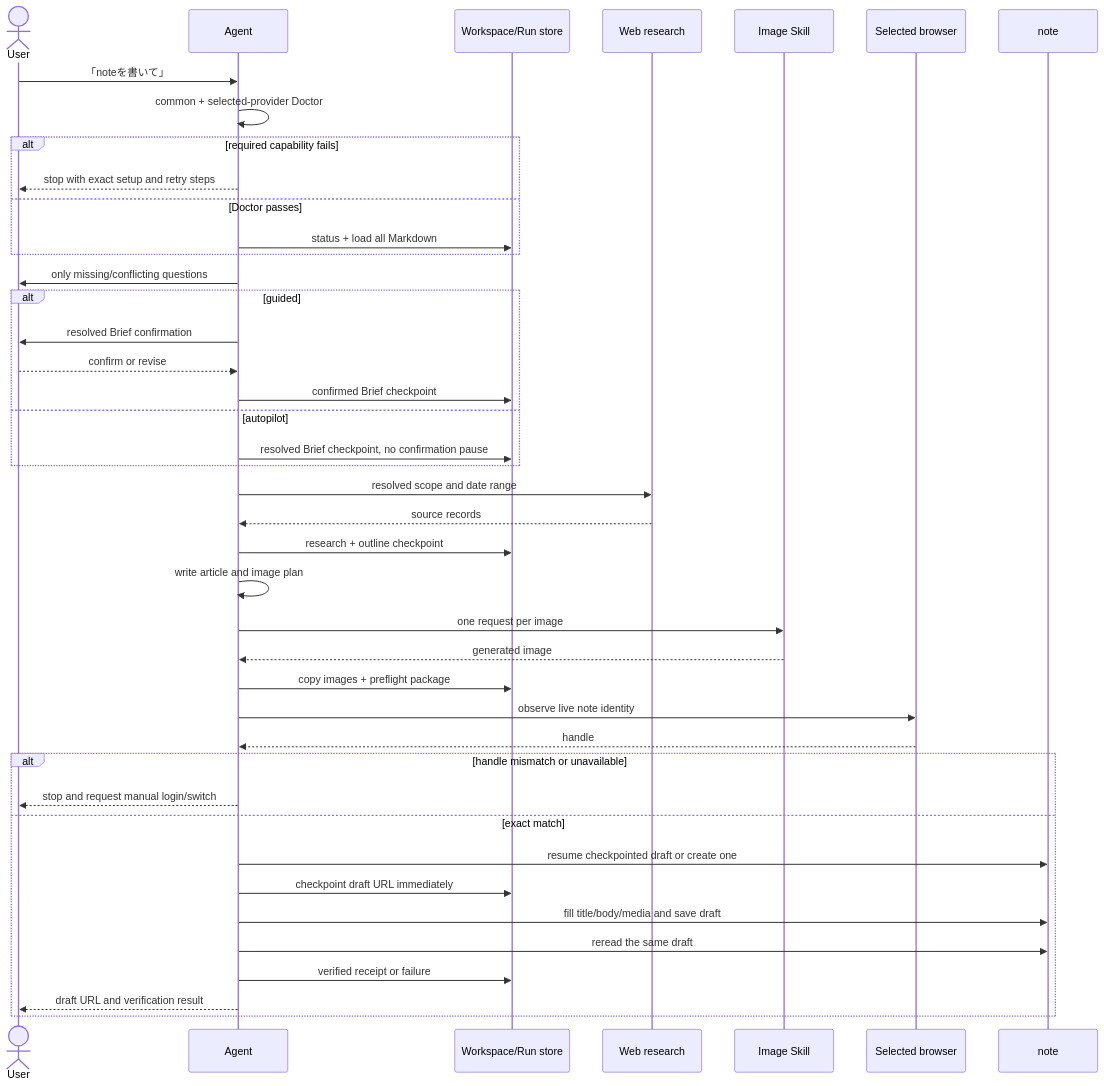
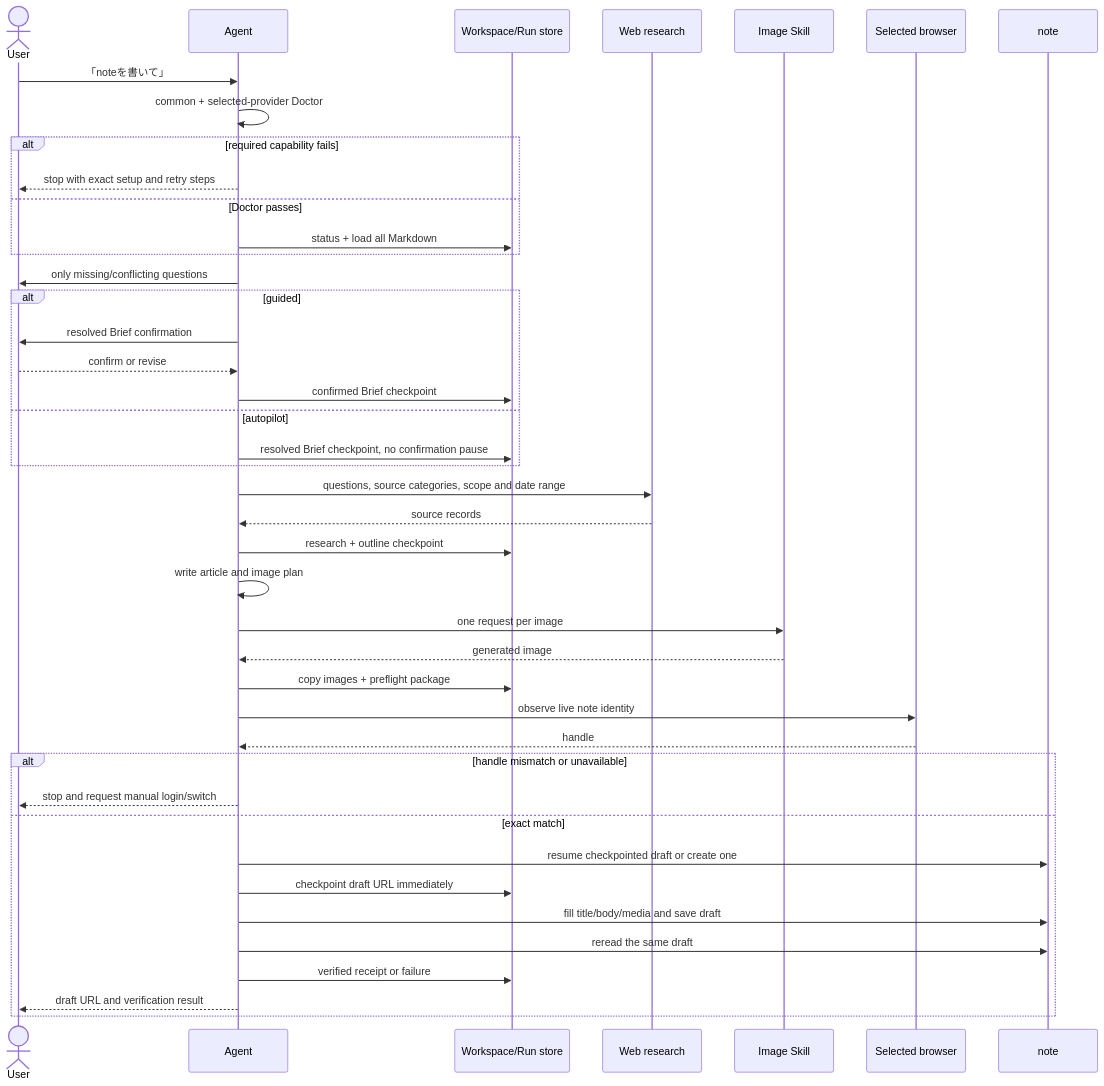
Before and after one commit to Azamarusuisan/AZMAEUni: the second of 3 diagrams in references/workflows.md, drawn with Mermaid. The commit also changed other lines of this file and 20 other files, not shown here.

````diff
--- a/references/workflows.md
+++ b/references/workflows.md
@@ -66,45 +68,45 @@
 ```mermaid
 sequenceDiagram
   actor U as User
   participant O as Agent
   participant W as Workspace/Run store
   participant R as Web research
   participant I as Image Skill
   participant B as Selected browser
   participant N as note
 
   U->>O: 「noteを書いて」
   O->>O: common + selected-provider Doctor
   alt required capability fails
     O-->>U: stop with exact setup and retry steps
   else Doctor passes
     O->>W: status + load all Markdown
   end
   O->>U: only missing/conflicting questions
   alt guided
     O->>U: resolved Brief confirmation
     U-->>O: confirm or revise
     O->>W: confirmed Brief checkpoint
   else autopilot
     O->>W: resolved Brief checkpoint, no confirmation pause
   end
-  O->>R: resolved scope and date range
+  O->>R: questions, source categories, scope and date range
   R-->>O: source records
   O->>W: research + outline checkpoint
   O->>O: write article and image plan
   O->>I: one request per image
   I-->>O: generated image
   O->>W: copy images + preflight package
   O->>B: observe live note identity
   B-->>O: handle
   alt handle mismatch or unavailable
     O-->>U: stop and request manual login/switch
   else exact match
     O->>N: resume checkpointed draft or create one
     O->>W: checkpoint draft URL immediately
     O->>N: fill title/body/media and save draft
     O->>N: reread the same draft
     O->>W: verified receipt or failure
     O-->>U: draft URL and verification result
   end
 ```
````
